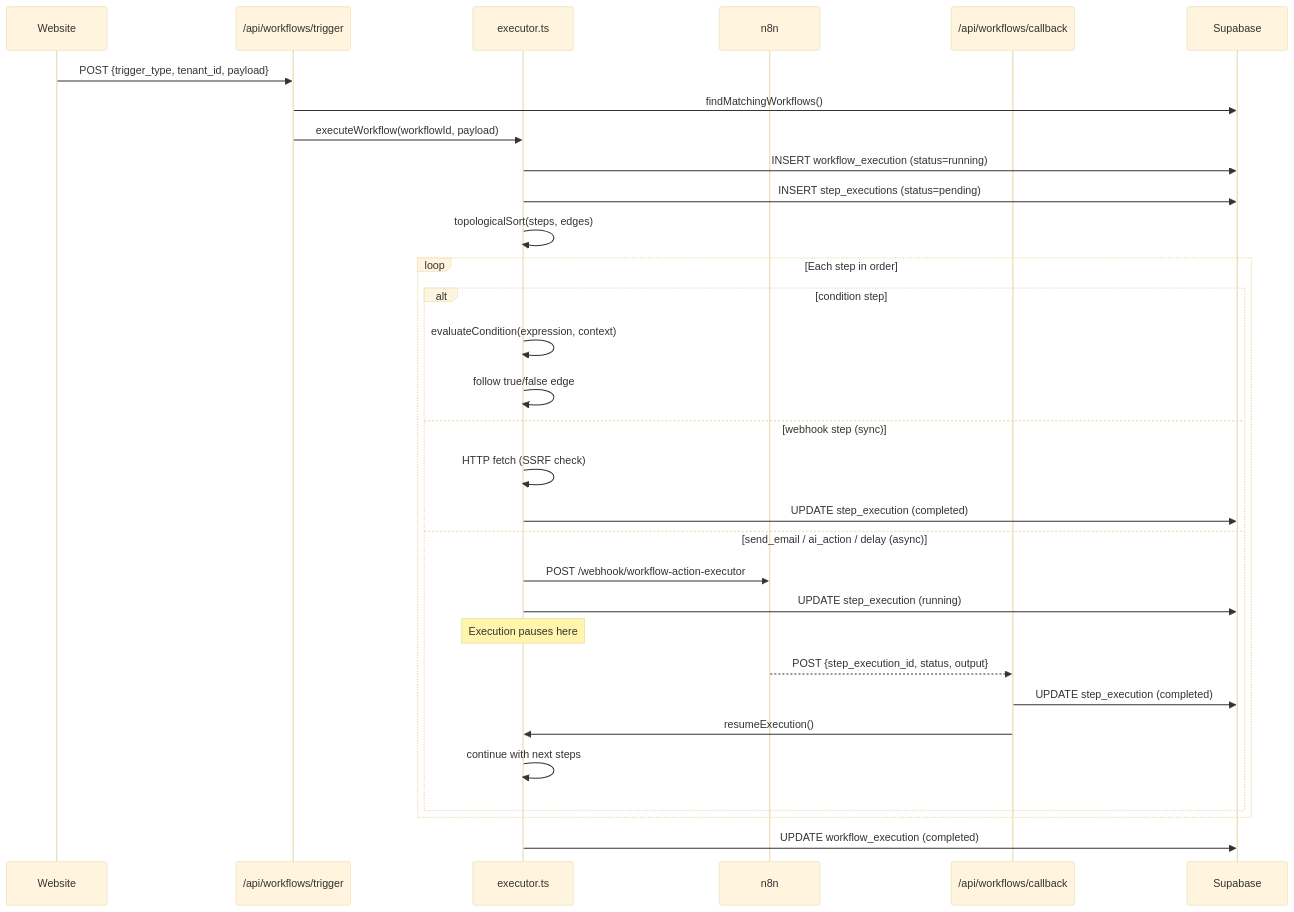
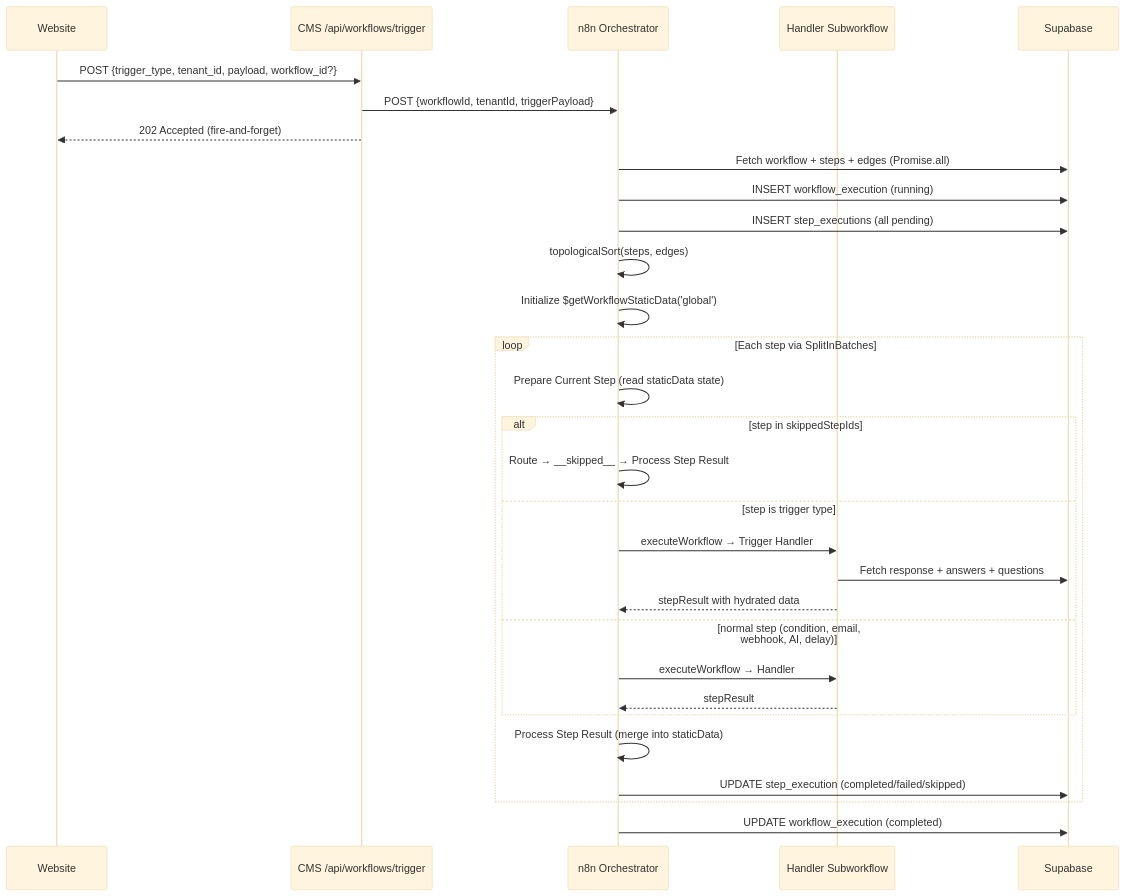
One commit to marcinjucha/agency changed the second of 3 diagrams in docs/guides/workflow/WORKFLOW_ENGINE.md. Above: the diagram before and after it, drawn with Mermaid (base theme). The commit also changed other lines of this file and 4 other files, not shown here.

First line of the commit message:
docs(workflows): rewrite guides for n8n Orchestrator architecture (AAA-T-183)

````diff
--- a/docs/guides/workflow/WORKFLOW_ENGINE.md
+++ b/docs/guides/workflow/WORKFLOW_ENGINE.md
@@ -56,37 +61,36 @@
 ```mermaid
 sequenceDiagram
     participant W as Website
-    participant T as /api/workflows/trigger
-    participant E as executor.ts
-    participant N as n8n
-    participant CB as /api/workflows/callback
+    participant T as CMS /api/workflows/trigger
+    participant O as n8n Orchestrator
+    participant H as Handler Subworkflow
     participant DB as Supabase
 
-    W->>T: POST {trigger_type, tenant_id, payload}
-    T->>DB: findMatchingWorkflows()
-    T->>E: executeWorkflow(workflowId, payload)
+    W->>T: POST {trigger_type, tenant_id, payload, workflow_id?}
+    T->>O: POST {workflowId, tenantId, triggerPayload}
+    T-->>W: 202 Accepted (fire-and-forget)
 
-    E->>DB: INSERT workflow_execution (status=running)
-    E->>DB: INSERT step_executions (status=pending)
-    E->>E: topologicalSort(steps, edges)
+    O->>DB: Fetch workflow + steps + edges (Promise.all)
+    O->>DB: INSERT workflow_execution (running)
+    O->>DB: INSERT step_executions (all pending)
+    O->>O: topologicalSort(steps, edges)
+    O->>O: Initialize $getWorkflowStaticData('global')
 
-    loop Each step in order
-        alt condition step
-            E->>E: evaluateCondition(expression, context)
-            E->>E: follow true/false edge
-        else webhook step (sync)
-            E->>E: HTTP fetch (SSRF check)
-            E->>DB: UPDATE step_execution (completed)
-        else send_email / ai_action / delay (async)
-            E->>N: POST /webhook/workflow-action-executor
-            E->>DB: UPDATE step_execution (running)
-            Note over E: Execution pauses here
-            N-->>CB: POST {step_execution_id, status, output}
-            CB->>DB: UPDATE step_execution (completed)
-            CB->>E: resumeExecution()
-            E->>E: continue with next steps
+    loop Each step via SplitInBatches
+        O->>O: Prepare Current Step (read staticData state)
+        alt step in skippedStepIds
+            O->>O: Route → __skipped__ → Process Step Result
+        else step is trigger type
+            O->>H: executeWorkflow → Trigger Handler
+            H->>DB: Fetch response + answers + questions
+            H-->>O: stepResult with hydrated data
+        else normal step (condition, email, webhook, AI, delay)
+            O->>H: executeWorkflow → Handler
+            H-->>O: stepResult
         end
+        O->>O: Process Step Result (merge into staticData)
+        O->>DB: UPDATE step_execution (completed/failed/skipped)
     end
 
-    E->>DB: UPDATE workflow_execution (completed)
+    O->>DB: UPDATE workflow_execution (completed)
 ```
````
